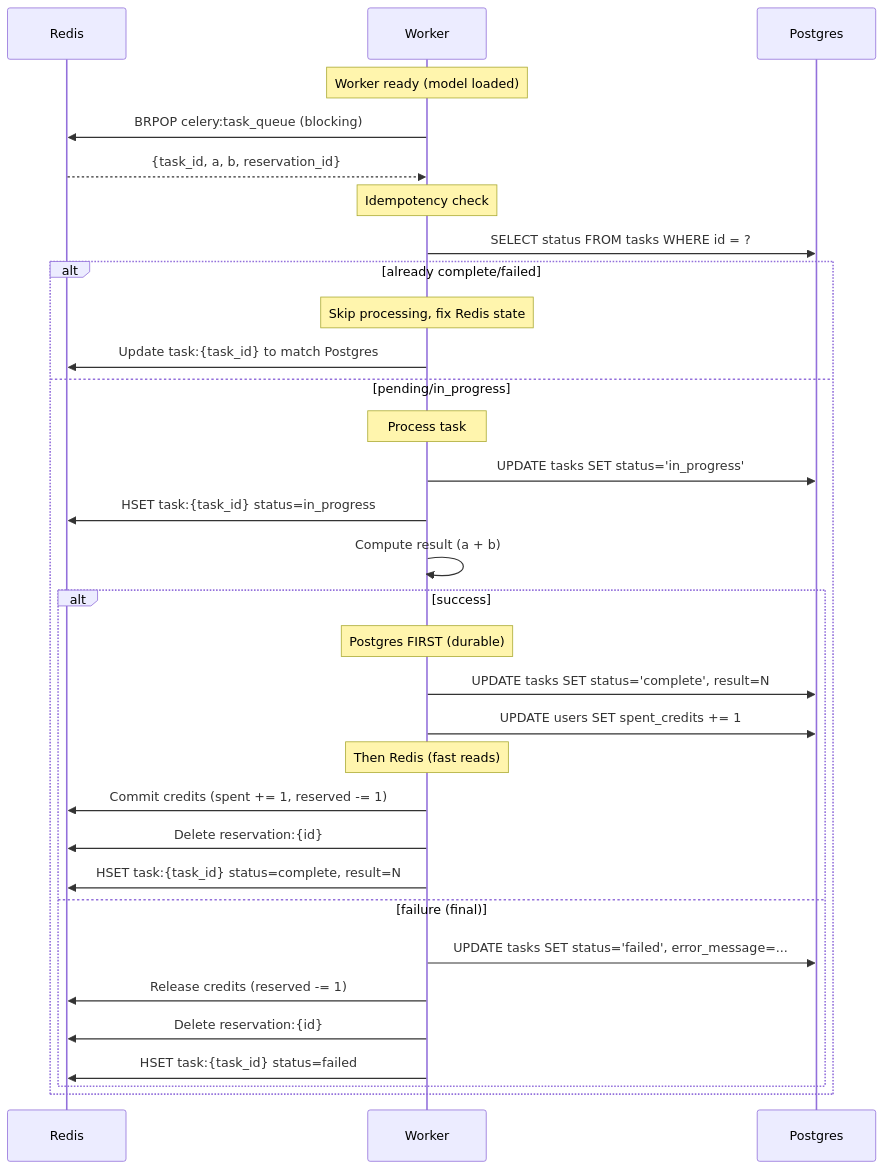
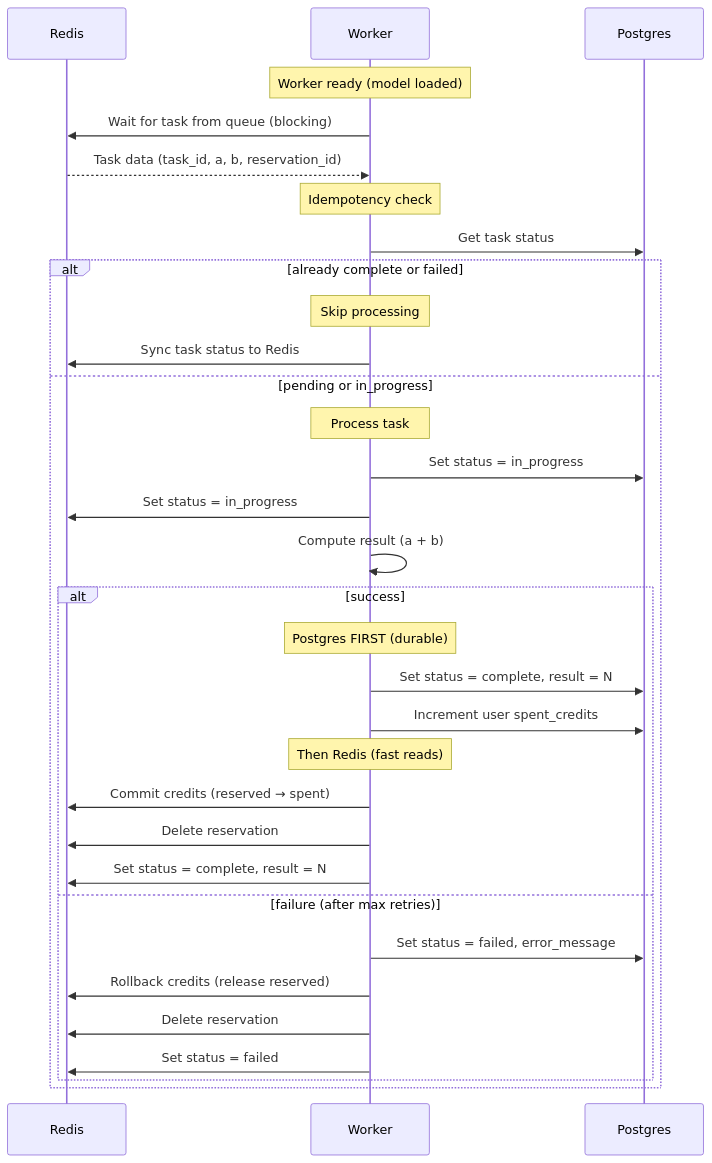
The third of 4 diagrams in README.md (aregmii/celery-api-quickstart), drawn with Mermaid before and after one commit. The commit also changed other lines of this file, not shown here.

Commit message:
update sequence diagrams

````diff
--- a/README.md
+++ b/README.md
@@ -281,44 +279,44 @@
 ```mermaid
 sequenceDiagram
     participant Redis
     participant Worker
     participant Postgres
 
     Note over Worker: Worker ready (model loaded)
 
-    Worker->>Redis: BRPOP celery:task_queue (blocking)
-    Redis-->>Worker: {task_id, a, b, reservation_id}
+    Worker->>Redis: Wait for task from queue (blocking)
+    Redis-->>Worker: Task data (task_id, a, b, reservation_id)
 
     Note over Worker: Idempotency check
 
-    Worker->>Postgres: SELECT status FROM tasks WHERE id = ?
+    Worker->>Postgres: Get task status
 
-    alt already complete/failed
-        Note over Worker: Skip processing, fix Redis state
-        Worker->>Redis: Update task:{task_id} to match Postgres
-    else pending/in_progress
+    alt already complete or failed
+        Note over Worker: Skip processing
+        Worker->>Redis: Sync task status to Redis
+    else pending or in_progress
         Note over Worker: Process task
 
-        Worker->>Postgres: UPDATE tasks SET status='in_progress'
-        Worker->>Redis: HSET task:{task_id} status=in_progress
+        Worker->>Postgres: Set status = in_progress
+        Worker->>Redis: Set status = in_progress
 
         Worker->>Worker: Compute result (a + b)
 
         alt success
             Note over Worker: Postgres FIRST (durable)
-            Worker->>Postgres: UPDATE tasks SET status='complete', result=N
-            Worker->>Postgres: UPDATE users SET spent_credits += 1
+            Worker->>Postgres: Set status = complete, result = N
+            Worker->>Postgres: Increment user spent_credits
 
             Note over Worker: Then Redis (fast reads)
-            Worker->>Redis: Commit credits (spent += 1, reserved -= 1)
-            Worker->>Redis: Delete reservation:{id}
-            Worker->>Redis: HSET task:{task_id} status=complete, result=N
+            Worker->>Redis: Commit credits (reserved → spent)
+            Worker->>Redis: Delete reservation
+            Worker->>Redis: Set status = complete, result = N
 
-        else failure (final)
-            Worker->>Postgres: UPDATE tasks SET status='failed', error_message=...
-            Worker->>Redis: Release credits (reserved -= 1)
-            Worker->>Redis: Delete reservation:{id}
-            Worker->>Redis: HSET task:{task_id} status=failed
+        else failure (after max retries)
+            Worker->>Postgres: Set status = failed, error_message
+            Worker->>Redis: Rollback credits (release reserved)
+            Worker->>Redis: Delete reservation
+            Worker->>Redis: Set status = failed
         end
     end
 ```
````
